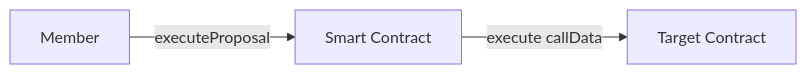
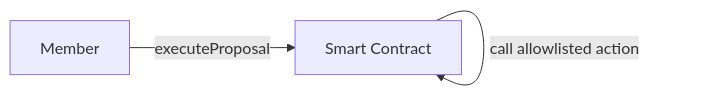
One commit to templ-fun/templ-evm-protocol changed the seventh of 7 diagrams in CORE_FLOW_DOCS.MD. Above: the diagram before and after it, drawn with Mermaid. The commit also changed other lines of this file and 26 other files, not shown here.

````diff
--- a/CORE_FLOW_DOCS.MD
+++ b/CORE_FLOW_DOCS.MD
@@ -74,5 +74,5 @@
 ```mermaid
 flowchart LR
     F[Member] -->|executeProposal| C[Smart Contract]
-    C -->|execute callData| T[Target Contract]
+    C -->|call allowlisted action| C
 ```
````
